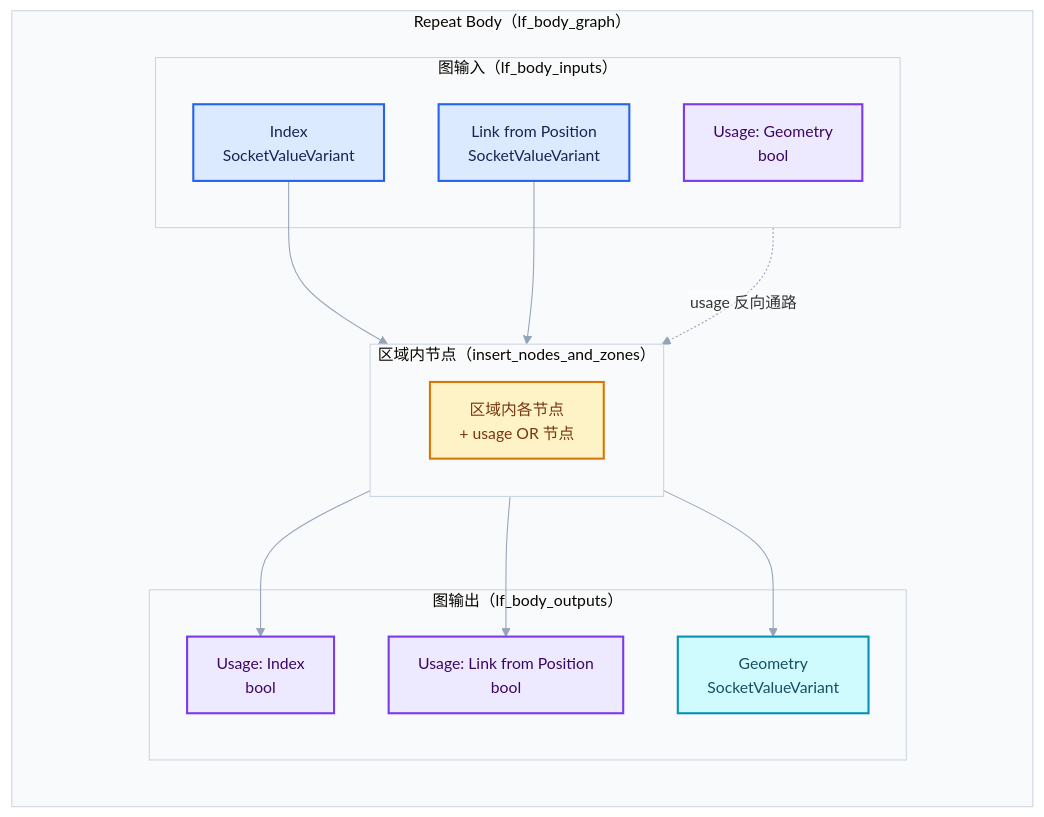
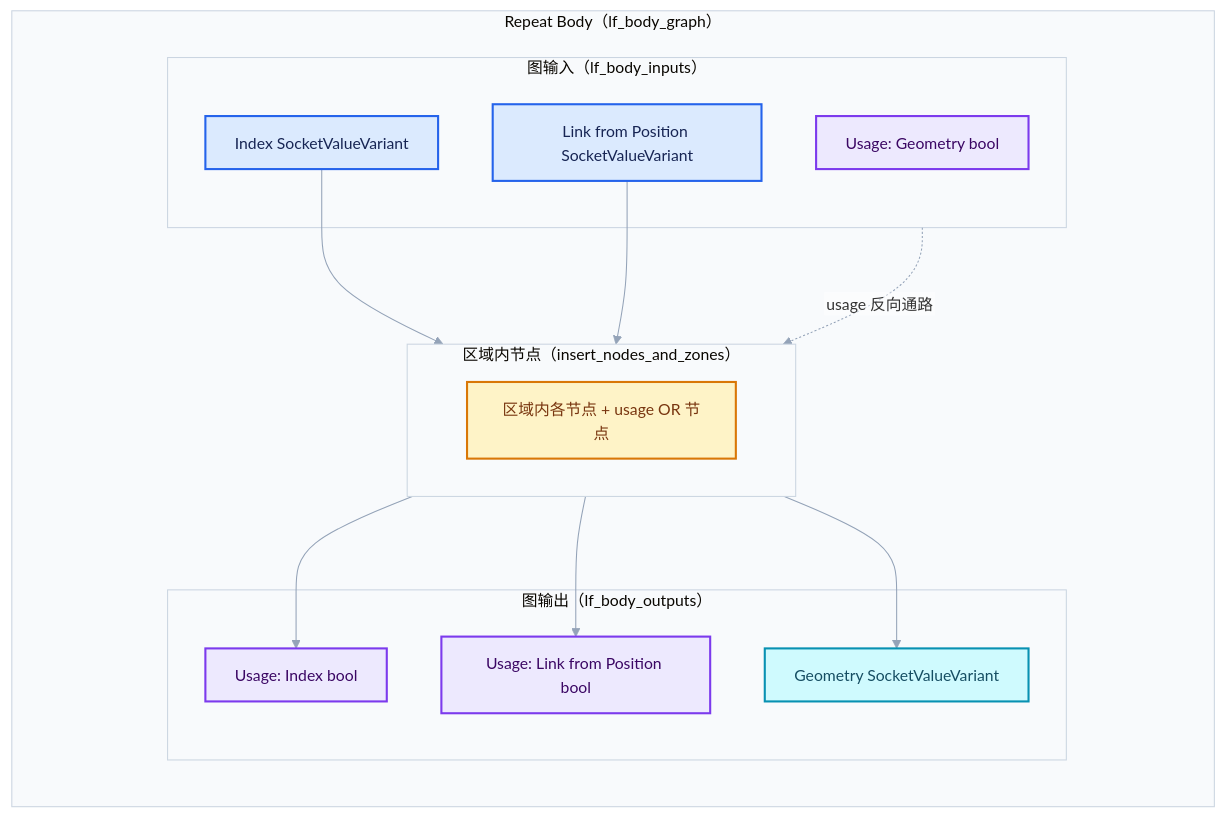
One commit to yunkezengren/blender-.vscode changed the first of 5 diagrams in 杂/markdown/重复区域-dsh/03-几何节点执行架构/02-Repeat循环体函数构建详解.md. Above: the diagram before and after it, drawn with Mermaid. The commit also changed other lines of this file and 27 other files, not shown here.

````diff
--- a/杂/markdown/重复区域-dsh/03-几何节点执行架构/02-Repeat循环体函数构建详解.md
+++ b/杂/markdown/重复区域-dsh/03-几何节点执行架构/02-Repeat循环体函数构建详解.md
@@ -482,36 +469,36 @@
 ```mermaid
 %%{init: {"theme":"base","themeVariables":{"fontFamily":"\"Segoe UI\",\"Microsoft YaHei\",sans-serif","fontSize":"15px","lineColor":"#94A3B8","edgeLabelBackground":"#FFFFFF","clusterBkg":"#F8FAFC","clusterBorder":"#CBD5E1"},"flowchart":{"htmlLabels":false,"curve":"basis","nodeSpacing":52,"rankSpacing":64,"padding":14,"diagramPadding":16,"useMaxWidth":true},"sequence":{"useMaxWidth":true,"wrap":true,"mirrorActors":false,"messageMargin":36}}}%%
 flowchart LR
     subgraph BODY["Repeat Body（lf_body_graph）"]
         direction TB
         subgraph IN["图输入（lf_body_inputs）"]
-            I0["Index<br/>SocketValueVariant"]
-            I1["Link from Position<br/>SocketValueVariant"]
-            I2["Usage: Geometry<br/>bool"]
+            I0["Index SocketValueVariant"]
+            I1["Link from Position SocketValueVariant"]
+            I2["Usage: Geometry bool"]
         end
         subgraph CORE["区域内节点（insert_nodes_and_zones）"]
-            N1["区域内各节点<br/>+ usage OR 节点"]
+            N1["区域内各节点 + usage OR 节点"]
         end
         subgraph OUT["图输出（lf_body_outputs）"]
-            O0["Usage: Index<br/>bool"]
-            O1["Usage: Link from Position<br/>bool"]
-            O2["Geometry<br/>SocketValueVariant"]
+            O0["Usage: Index bool"]
+            O1["Usage: Link from Position bool"]
+            O2["Geometry SocketValueVariant"]
         end
         I0 --> CORE
         I1 --> CORE
         CORE --> O0
         CORE --> O1
         CORE --> O2
         IN -. "usage 反向通路" .-> CORE
     end
     classDef input fill:#DBEAFE,stroke:#2563EB,color:#172554,stroke-width:2px;
     classDef data fill:#CFFAFE,stroke:#0891B2,color:#164E63,stroke-width:2px;
     classDef abstraction fill:#EDE9FE,stroke:#7C3AED,color:#3B0764,stroke-width:2px;
     classDef compute fill:#FEF3C7,stroke:#D97706,color:#78350F,stroke-width:2px;
     classDef result fill:#DCFCE7,stroke:#16A34A,color:#14532D,stroke-width:2px;
     classDef error fill:#FEE2E2,stroke:#DC2626,color:#7F1D1D,stroke-width:2px;
     class I0,I1 input;
     class I2,O0,O1 abstraction;
     class N1 compute;
     class O2 data;
 ```
````
